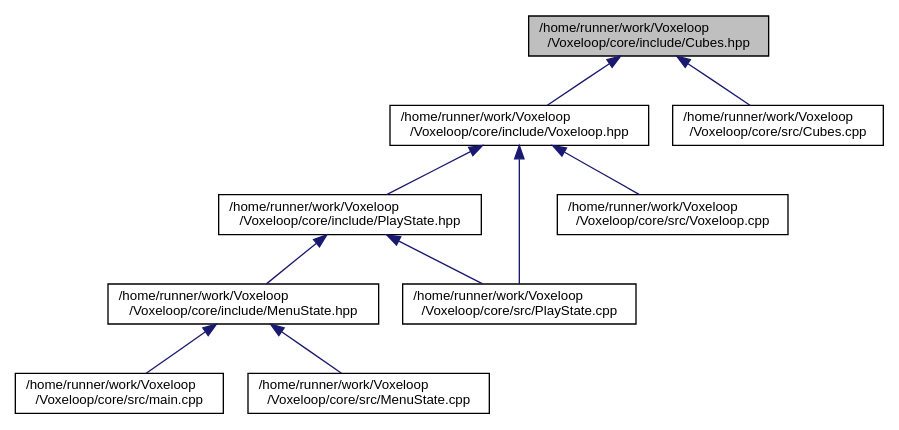
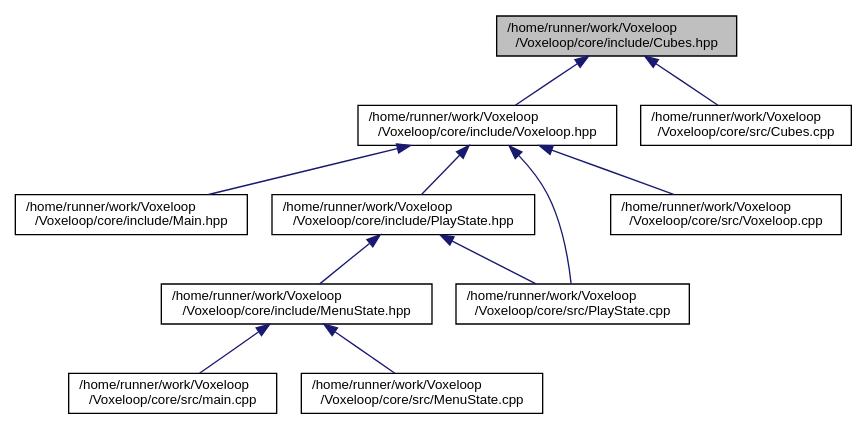
The diagram in docs/Cubes_8hpp__dep__incl.dot (jarp0l/Voxeloop), drawn with Graphviz before and after one commit. The commit also changed 133 other files, not shown here.

```diff
--- a/docs/Cubes_8hpp__dep__incl.dot
+++ b/docs/Cubes_8hpp__dep__incl.dot
@@ -1,25 +1,27 @@
 digraph "/home/runner/work/Voxeloop/Voxeloop/core/include/Cubes.hpp"
 {
  // INTERACTIVE_SVG=YES
  // LATEX_PDF_SIZE
   edge [fontname="Helvetica",fontsize="10",labelfontname="Helvetica",labelfontsize="10"];
   node [fontname="Helvetica",fontsize="10",shape=record];
   Node1 [label="/home/runner/work/Voxeloop\l/Voxeloop/core/include/Cubes.hpp",height=0.2,width=0.4,color="black", fillcolor="grey75", style="filled", fontcolor="black",tooltip=" "];
   Node1 -> Node2 [dir="back",color="midnightblue",fontsize="10",style="solid",fontname="Helvetica"];
   Node2 [label="/home/runner/work/Voxeloop\l/Voxeloop/core/include/Voxeloop.hpp",height=0.2,width=0.4,color="black", fillcolor="white", style="filled",URL="$Voxeloop_8hpp.html",tooltip=" "];
   Node2 -> Node3 [dir="back",color="midnightblue",fontsize="10",style="solid",fontname="Helvetica"];
-  Node3 [label="/home/runner/work/Voxeloop\l/Voxeloop/core/include/PlayState.hpp",height=0.2,width=0.4,color="black", fillcolor="white", style="filled",URL="$PlayState_8hpp.html",tooltip=" "];
-  Node3 -> Node4 [dir="back",color="midnightblue",fontsize="10",style="solid",fontname="Helvetica"];
-  Node4 [label="/home/runner/work/Voxeloop\l/Voxeloop/core/include/MenuState.hpp",height=0.2,width=0.4,color="black", fillcolor="white", style="filled",URL="$MenuState_8hpp.html",tooltip=" "];
+  Node3 [label="/home/runner/work/Voxeloop\l/Voxeloop/core/include/Main.hpp",height=0.2,width=0.4,color="black", fillcolor="white", style="filled",URL="$Main_8hpp.html",tooltip=" "];
+  Node2 -> Node4 [dir="back",color="midnightblue",fontsize="10",style="solid",fontname="Helvetica"];
+  Node4 [label="/home/runner/work/Voxeloop\l/Voxeloop/core/include/PlayState.hpp",height=0.2,width=0.4,color="black", fillcolor="white", style="filled",URL="$PlayState_8hpp.html",tooltip=" "];
   Node4 -> Node5 [dir="back",color="midnightblue",fontsize="10",style="solid",fontname="Helvetica"];
-  Node5 [label="/home/runner/work/Voxeloop\l/Voxeloop/core/src/main.cpp",height=0.2,width=0.4,color="black", fillcolor="white", style="filled",URL="$main_8cpp.html",tooltip=" "];
-  Node4 -> Node6 [dir="back",color="midnightblue",fontsize="10",style="solid",fontname="Helvetica"];
-  Node6 [label="/home/runner/work/Voxeloop\l/Voxeloop/core/src/MenuState.cpp",height=0.2,width=0.4,color="black", fillcolor="white", style="filled",URL="$MenuState_8cpp.html",tooltip=" "];
-  Node3 -> Node7 [dir="back",color="midnightblue",fontsize="10",style="solid",fontname="Helvetica"];
-  Node7 [label="/home/runner/work/Voxeloop\l/Voxeloop/core/src/PlayState.cpp",height=0.2,width=0.4,color="black", fillcolor="white", style="filled",URL="$PlayState_8cpp.html",tooltip=" "];
-  Node2 -> Node7 [dir="back",color="midnightblue",fontsize="10",style="solid",fontname="Helvetica"];
+  Node5 [label="/home/runner/work/Voxeloop\l/Voxeloop/core/include/MenuState.hpp",height=0.2,width=0.4,color="black", fillcolor="white", style="filled",URL="$MenuState_8hpp.html",tooltip=" "];
+  Node5 -> Node6 [dir="back",color="midnightblue",fontsize="10",style="solid",fontname="Helvetica"];
+  Node6 [label="/home/runner/work/Voxeloop\l/Voxeloop/core/src/main.cpp",height=0.2,width=0.4,color="black", fillcolor="white", style="filled",URL="$main_8cpp.html",tooltip=" "];
+  Node5 -> Node7 [dir="back",color="midnightblue",fontsize="10",style="solid",fontname="Helvetica"];
+  Node7 [label="/home/runner/work/Voxeloop\l/Voxeloop/core/src/MenuState.cpp",height=0.2,width=0.4,color="black", fillcolor="white", style="filled",URL="$MenuState_8cpp.html",tooltip=" "];
+  Node4 -> Node8 [dir="back",color="midnightblue",fontsize="10",style="solid",fontname="Helvetica"];
+  Node8 [label="/home/runner/work/Voxeloop\l/Voxeloop/core/src/PlayState.cpp",height=0.2,width=0.4,color="black", fillcolor="white", style="filled",URL="$PlayState_8cpp.html",tooltip=" "];
   Node2 -> Node8 [dir="back",color="midnightblue",fontsize="10",style="solid",fontname="Helvetica"];
-  Node8 [label="/home/runner/work/Voxeloop\l/Voxeloop/core/src/Voxeloop.cpp",height=0.2,width=0.4,color="black", fillcolor="white", style="filled",URL="$Voxeloop_8cpp.html",tooltip=" "];
-  Node1 -> Node9 [dir="back",color="midnightblue",fontsize="10",style="solid",fontname="Helvetica"];
-  Node9 [label="/home/runner/work/Voxeloop\l/Voxeloop/core/src/Cubes.cpp",height=0.2,width=0.4,color="black", fillcolor="white", style="filled",URL="$Cubes_8cpp.html",tooltip=" "];
+  Node2 -> Node9 [dir="back",color="midnightblue",fontsize="10",style="solid",fontname="Helvetica"];
+  Node9 [label="/home/runner/work/Voxeloop\l/Voxeloop/core/src/Voxeloop.cpp",height=0.2,width=0.4,color="black", fillcolor="white", style="filled",URL="$Voxeloop_8cpp.html",tooltip=" "];
+  Node1 -> Node10 [dir="back",color="midnightblue",fontsize="10",style="solid",fontname="Helvetica"];
+  Node10 [label="/home/runner/work/Voxeloop\l/Voxeloop/core/src/Cubes.cpp",height=0.2,width=0.4,color="black", fillcolor="white", style="filled",URL="$Cubes_8cpp.html",tooltip=" "];
 }
```
